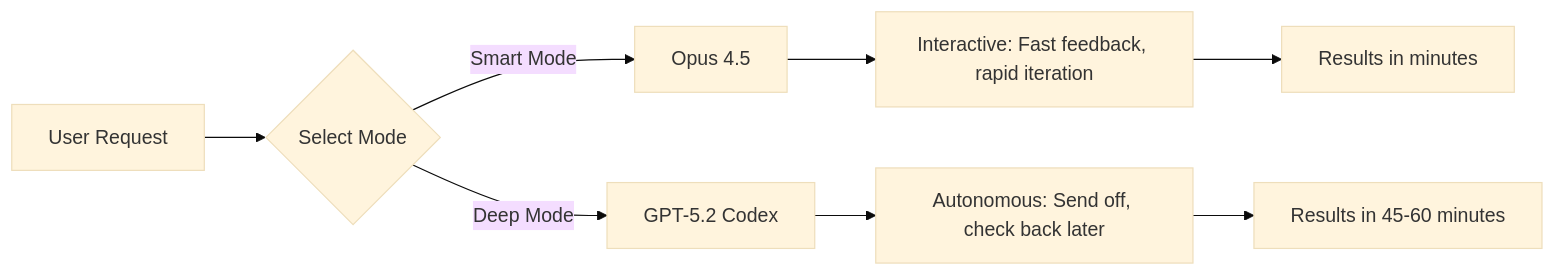
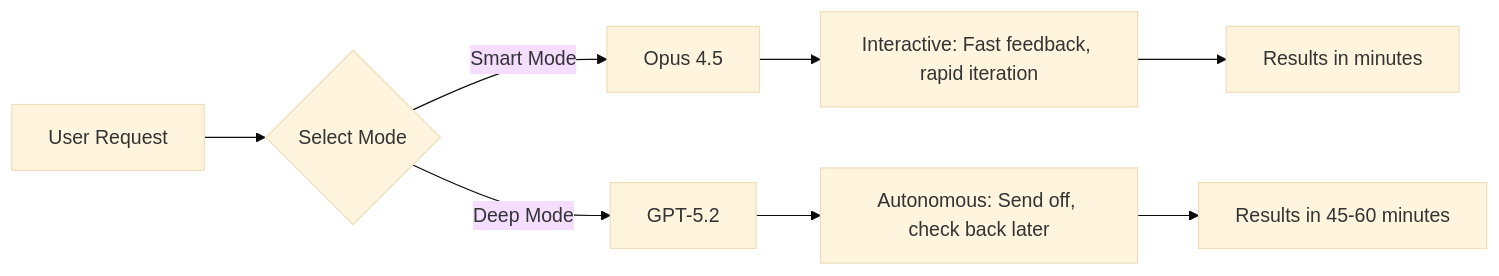
The diagram in patterns/agent-modes-by-model-personality.md (dev02019/awesome-agentic-patterns), drawn with Mermaid (base theme) before and after one commit. The commit also changed other lines of this file and 3 other files, not shown here.

````diff
--- a/patterns/agent-modes-by-model-personality.md
+++ b/patterns/agent-modes-by-model-personality.md
@@ -32,10 +32,10 @@
 ```mermaid
 graph LR
     A[User Request] --> B{Select Mode}
     B -->|Smart Mode| C[Opus 4.5]
-    B -->|Deep Mode| D[GPT-5.2 Codex]
+    B -->|Deep Mode| D[GPT-5.2]
     C --> E[Interactive: Fast feedback, rapid iteration]
     D --> F[Autonomous: Send off, check back later]
     E --> G[Results in minutes]
     F --> H[Results in 45-60 minutes]
 ```
````
